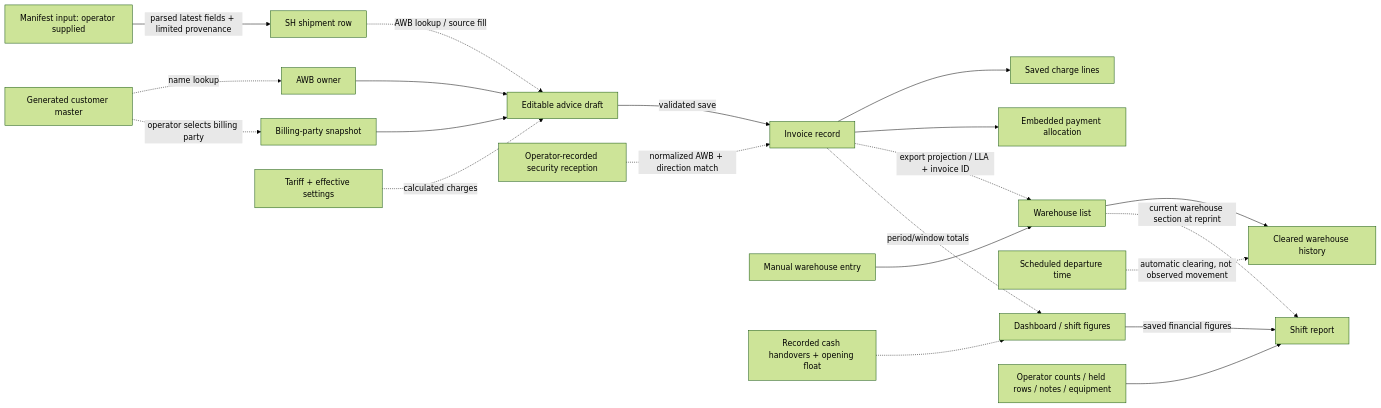
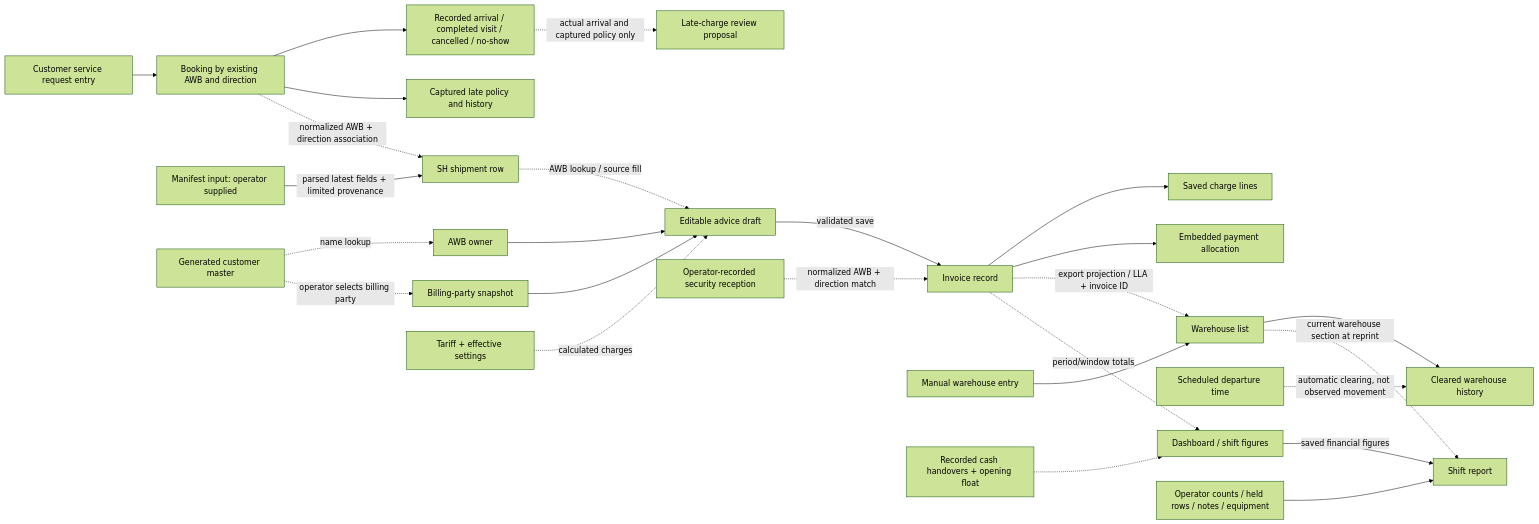
One commit to nre17/Buddy-Audit changed the second of 2 diagrams in docs/revamp/system-map.md. Above: the diagram before and after it, drawn with Mermaid (forest theme). The commit also changed other lines of this file and 26 other files, not shown here.

````diff
--- a/docs/revamp/system-map.md
+++ b/docs/revamp/system-map.md
@@ -100,23 +108,28 @@
 ```mermaid
 flowchart LR
+  CustomerService[Customer service request entry] --> Booking[Booking by existing AWB and direction]
+  Booking --> Visit[Recorded arrival / completed visit / cancelled / no-show]
+  Booking --> CapturedPolicy[Captured late policy and history]
+  Visit -.->|actual arrival and captured policy only| Proposal[Late-charge review proposal]
+  Booking -.->|normalized AWB + direction association| Shipment
   Source[Manifest input: operator supplied] -->|parsed latest fields + limited provenance| Shipment[SH shipment row]
   Master[Generated customer master] -.->|name lookup| Owner[AWB owner]
   Master -.->|operator selects billing party| Payer[Billing-party snapshot]
   Shipment -.->|AWB lookup / source fill| Draft[Editable advice draft]
   Owner --> Draft
   Payer --> Draft
   Rules[Tariff + effective settings] -.->|calculated charges| Draft
   Draft -->|validated save| Invoice[Invoice record]
   Invoice --> Lines[Saved charge lines]
   Invoice --> Allocation[Embedded payment allocation]
   Invoice -.->|export projection / LLA + invoice ID| Warehouse[Warehouse list]
   Manual[Manual warehouse entry] --> Warehouse
   Schedule[Scheduled departure time] -.->|automatic clearing, not observed movement| Cleared[Cleared warehouse history]
   Warehouse --> Cleared
   Receipt[Operator-recorded security reception] -.->|normalized AWB + direction match| Invoice
   Invoice -.->|period/window totals| Reports[Dashboard / shift figures]
   Cash[Recorded cash handovers + opening float] -.-> Reports
   Reports -->|saved financial figures| Shift[Shift report]
   Notes[Operator counts / held rows / notes / equipment] --> Shift
   Warehouse -.->|current warehouse section at reprint| Shift
 ```
````
